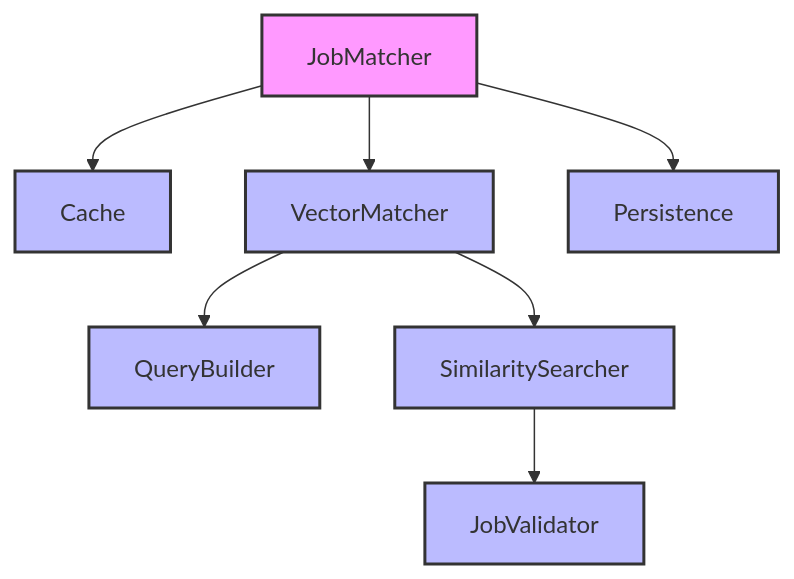
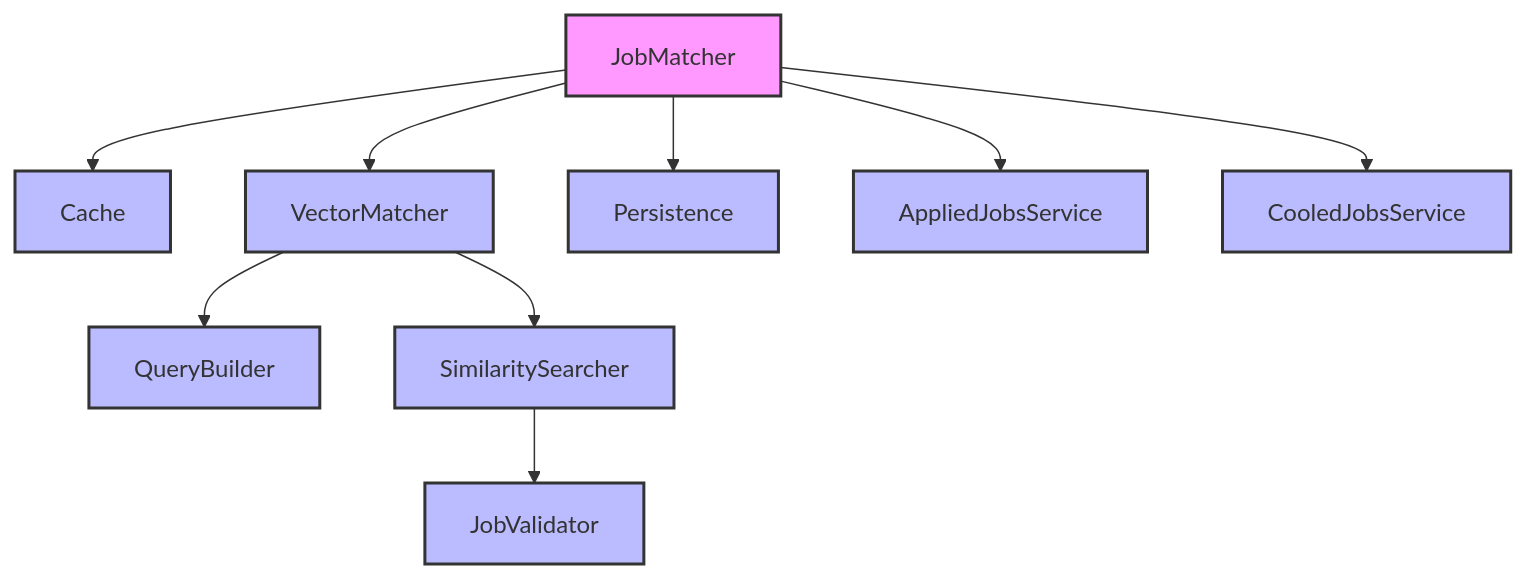
Before and after one commit to AIgen-Solutions-s-r-l/resonance: the first of 3 diagrams in docs/job_matcher/technical_documentation.md, drawn with Mermaid. The commit also changed other lines of this file and 5 other files, not shown here.

Commit message:
📝 docs: update documentation for applied jobs filtering and introduce cooled jobs filtering feature

````diff
--- a/docs/job_matcher/technical_documentation.md
+++ b/docs/job_matcher/technical_documentation.md
@@ -32,17 +32,21 @@
 ```mermaid
 graph TD
     A[JobMatcher] --> B[Cache]
     A --> C[VectorMatcher]
     C --> D[QueryBuilder]
     C --> E[SimilaritySearcher]
     E --> F[JobValidator]
     A --> G[Persistence]
+    A --> H[AppliedJobsService]
+    A --> I[CooledJobsService]
     
     style A fill:#f9f,stroke:#333,stroke-width:2px
     style B fill:#bbf,stroke:#333,stroke-width:2px
     style C fill:#bbf,stroke:#333,stroke-width:2px
     style D fill:#bbf,stroke:#333,stroke-width:2px
     style E fill:#bbf,stroke:#333,stroke-width:2px
     style F fill:#bbf,stroke:#333,stroke-width:2px
     style G fill:#bbf,stroke:#333,stroke-width:2px
+    style H fill:#bbf,stroke:#333,stroke-width:2px
+    style I fill:#bbf,stroke:#333,stroke-width:2px
 ```
````
